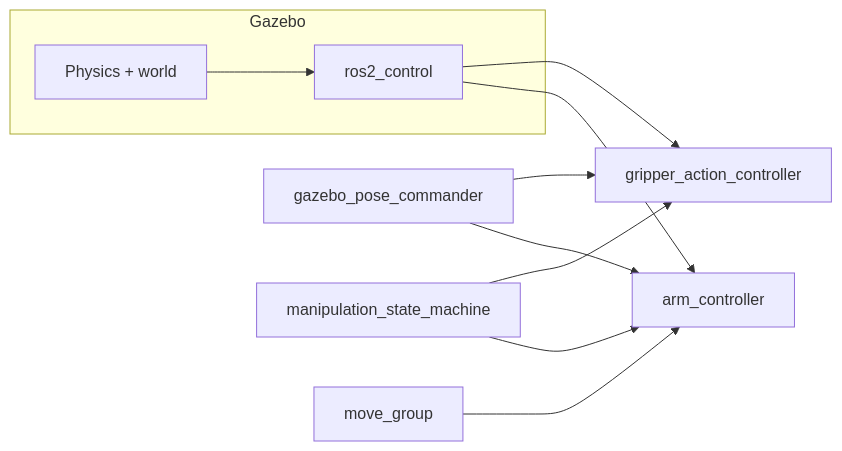
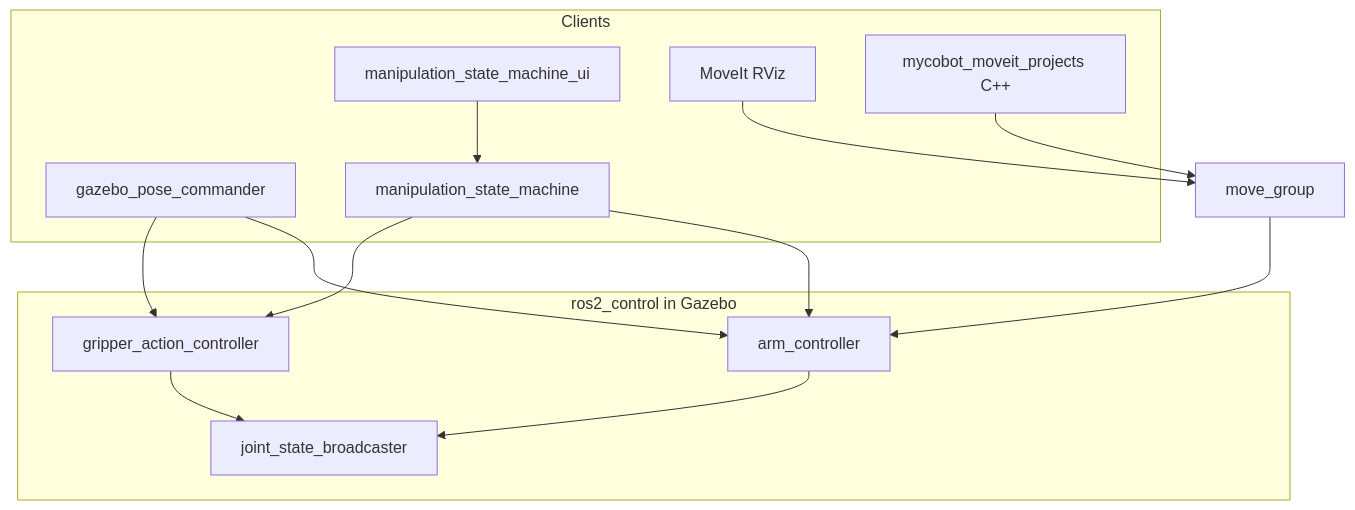
The first of 2 diagrams in README.md (rajindulkar22/mycobot_ws), drawn with Mermaid before and after one commit. The commit also changed other lines of this file and 11 other files, not shown here.

````diff
--- a/README.md
+++ b/README.md
@@ -24,24 +71,29 @@
 ```mermaid
-flowchart LR
-  subgraph gazebo [Gazebo]
-    physics[Physics + world]
-    ros2control[ros2_control]
+flowchart TB
+  subgraph clients [Clients]
+    pose_cmd[gazebo_pose_commander]
+    fsm[manipulation_state_machine]
+    fsm_ui[manipulation_state_machine_ui]
+    moveit_rviz[MoveIt RViz]
+    moveit_cpp[mycobot_moveit_projects C++]
   end
 
-  arm[arm_controller]
-  grip[gripper_action_controller]
+  subgraph ros2control [ros2_control in Gazebo]
+    arm[arm_controller]
+    grip[gripper_action_controller]
+    js[joint_state_broadcaster]
+  end
 
-  physics --> ros2control
-  ros2control --> arm
-  ros2control --> grip
-
-  pose_cmd[gazebo_pose_commander]
-  fsm[manipulation_state_machine]
-  moveit[move_group]
+  move_group[move_group]
 
   pose_cmd --> arm
   pose_cmd --> grip
   fsm --> arm
   fsm --> grip
-  moveit --> arm
+  fsm_ui --> fsm
+  moveit_rviz --> move_group
+  moveit_cpp --> move_group
+  move_group --> arm
+  arm --> js
+  grip --> js
 ```
````
